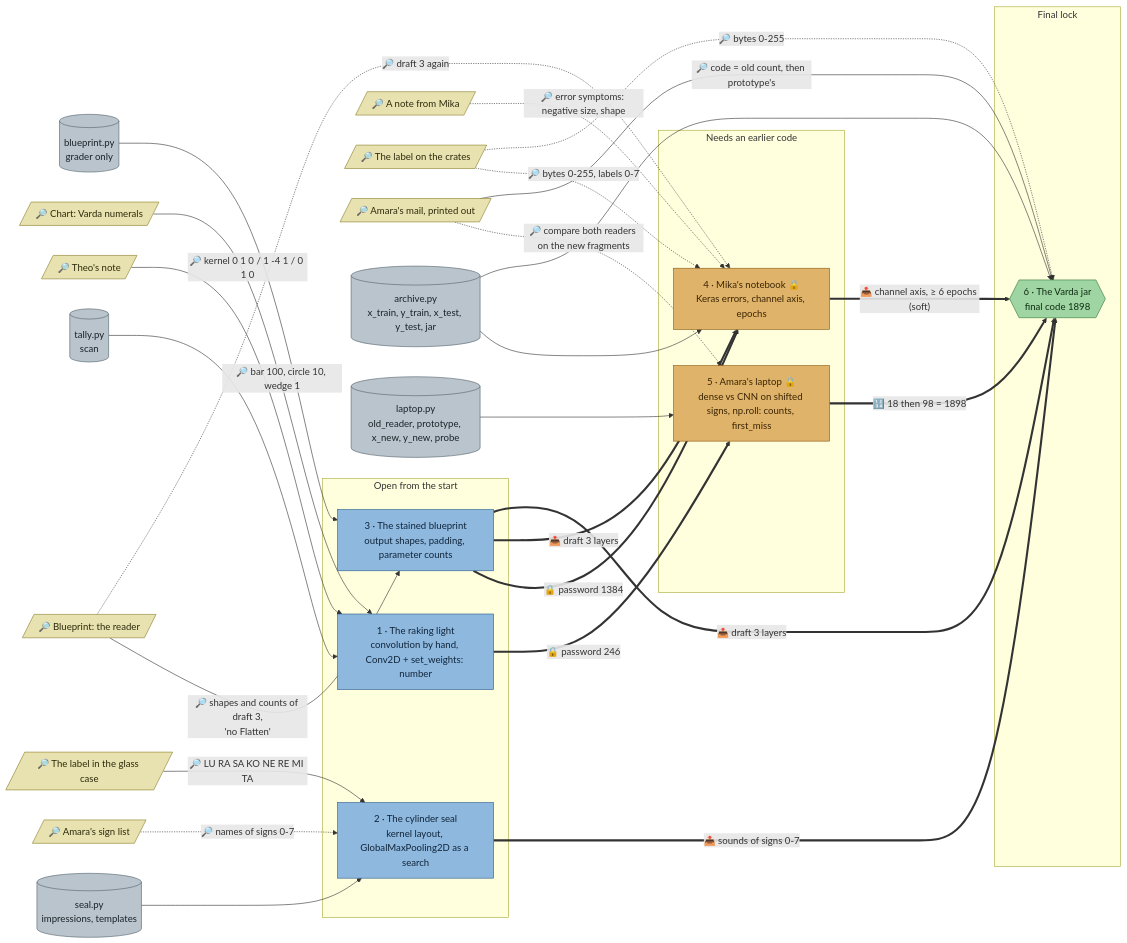
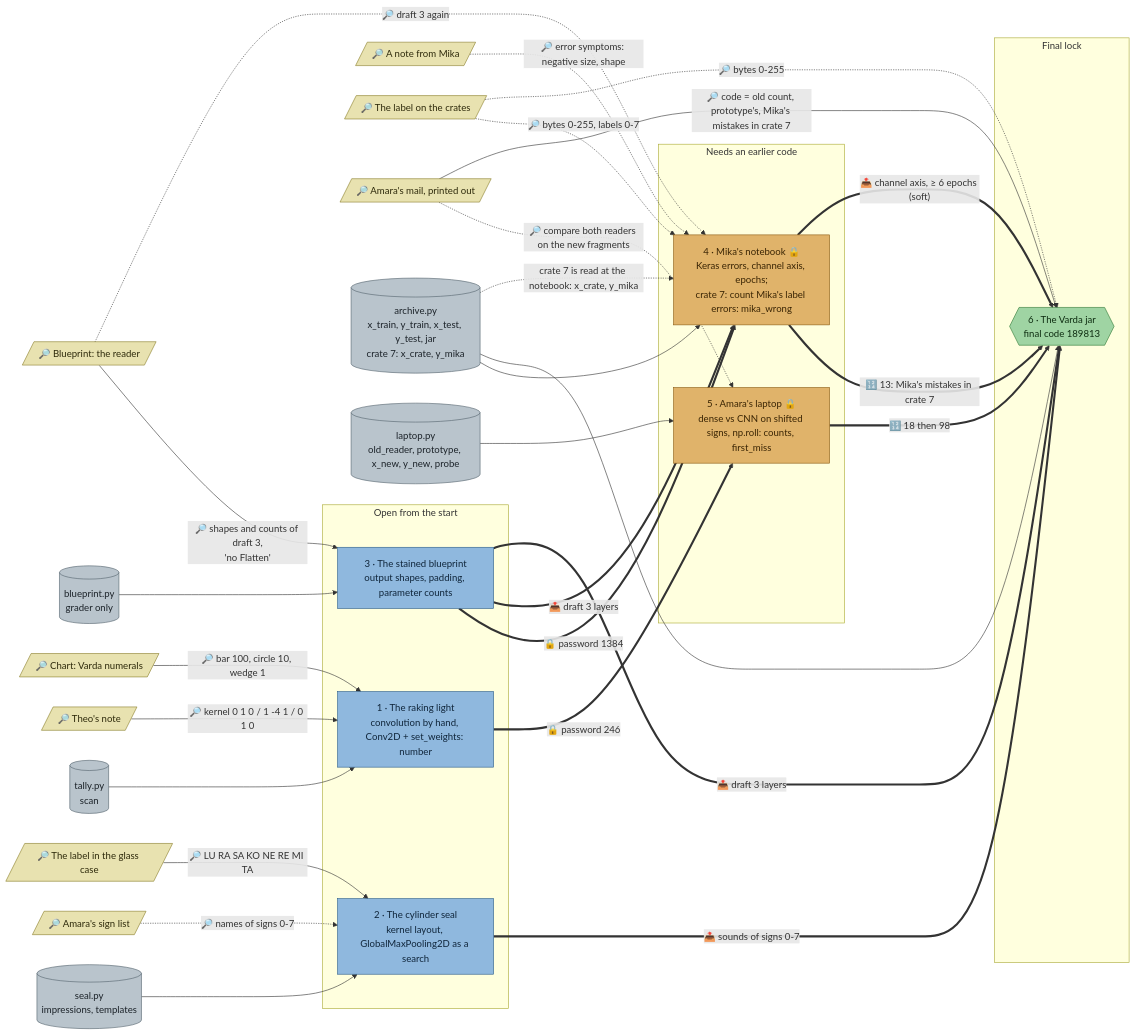
One commit to mhoffmann-wbs/DataScienceEscapeRooms changed the diagram in docs/flows/nn-tablets.md. Above: the diagram before and after it, drawn with Mermaid. The commit also changed other lines of this file and 7 other files, not shown here.

First line of the commit message:
The Varda Tablets: Mika's notebook feeds the jar cabinet's code

````diff
--- a/docs/flows/nn-tablets.md
+++ b/docs/flows/nn-tablets.md
@@ -5,70 +5,72 @@
 ```mermaid
 flowchart LR
   theonote[/"🔎 Theo's note"/]
   numerals[/"🔎 Chart: Varda numerals"/]
   signlist[/"🔎 Amara's sign list"/]
   sealcaption[/"🔎 The label in the glass case"/]
   blueprintsheet[/"🔎 Blueprint: the reader"/]
   mikanote[/"🔎 A note from Mika"/]
   archivelabel[/"🔎 The label on the crates"/]
   amaramail[/"🔎 Amara's mail, printed out"/]
 
   d_tally[("tally.py<br/>scan")]
   d_seal[("seal.py<br/>impressions, templates")]
   d_blueprint[("blueprint.py<br/>grader only")]
-  d_archive[("archive.py<br/>x_train, y_train, x_test, y_test, jar")]
+  d_archive[("archive.py<br/>x_train, y_train, x_test, y_test, jar<br/>crate 7: x_crate, y_mika")]
   d_laptop[("laptop.py<br/>old_reader, prototype, x_new, y_new, probe")]
 
   subgraph p1["Open from the start"]
     tally["1 · The raking light<br/>convolution by hand, Conv2D + set_weights: number"]
     seal["2 · The cylinder seal<br/>kernel layout, GlobalMaxPooling2D as a search"]
     blueprint["3 · The stained blueprint<br/>output shapes, padding, parameter counts"]
   end
 
   subgraph p2["Needs an earlier code"]
-    notebook["4 · Mika's notebook 🔒<br/>Keras errors, channel axis, epochs"]
+    notebook["4 · Mika's notebook 🔒<br/>Keras errors, channel axis, epochs;<br/>crate 7: count Mika's label errors: mika_wrong"]
     laptop["5 · Amara's laptop 🔒<br/>dense vs CNN on shifted signs, np.roll: counts, first_miss"]
   end
 
   subgraph p3["Final lock"]
-    jar{{"6 · The Varda jar<br/>final code 1898"}}
+    jar{{"6 · The Varda jar<br/>final code 189813"}}
   end
 
   d_tally --> tally
   d_seal --> seal
   d_blueprint --> blueprint
   d_archive --> notebook
   d_archive --> jar
+  d_archive -.->|"crate 7 is read at the notebook: x_crate, y_mika"| notebook
   d_laptop --> laptop
 
   theonote -->|"🔎 kernel 0 1 0 / 1 -4 1 / 0 1 0"| tally
   numerals -->|"🔎 bar 100, circle 10, wedge 1"| tally
   signlist -.->|"🔎 names of signs 0-7"| seal
   sealcaption -->|"🔎 LU RA SA KO NE RE MI TA"| seal
   blueprintsheet -->|"🔎 shapes and counts of draft 3,<br/>'no Flatten'"| blueprint
   blueprintsheet -.->|"🔎 draft 3 again"| notebook
   mikanote -.->|"🔎 error symptoms: negative size, shape"| notebook
   archivelabel -.->|"🔎 bytes 0-255, labels 0-7"| notebook
   archivelabel -.->|"🔎 bytes 0-255"| jar
   amaramail -.->|"🔎 compare both readers on the new fragments"| laptop
-  amaramail -->|"🔎 code = old count, then prototype's"| jar
+  amaramail -->|"🔎 code = old count, prototype's, Mika's mistakes in crate 7"| jar
 
   blueprint ==>|"🔒 password 1384"| notebook
   blueprint ==>|"📤 draft 3 layers"| notebook
   tally ==>|"🔒 password 246"| laptop
-  laptop ==>|"🔢 18 then 98 = 1898"| jar
+  laptop ==>|"🔢 18 then 98"| jar
   seal ==>|"📤 sounds of signs 0-7"| jar
   blueprint ==>|"📤 draft 3 layers"| jar
+  notebook ==>|"🔢 13: Mika's mistakes in crate 7"| jar
   notebook ==>|"📤 channel axis, ≥ 6 epochs (soft)"| jar
 
   classDef station fill:#8fb8de,stroke:#2b5d8a,color:#10263b
   classDef locked fill:#e0b36a,stroke:#8a5a12,color:#3a2504
   classDef clue fill:#e8e2b0,stroke:#8a7f2b,color:#2e2a0b
   classDef data fill:#b9c4cc,stroke:#55636e,color:#1c2329
   classDef final fill:#9fd4a3,stroke:#2f7a36,color:#0f2e12
   class tally,seal,blueprint station
   class notebook,laptop locked
   class theonote,numerals,signlist,sealcaption,blueprintsheet,mikanote,archivelabel,amaramail clue
   class d_tally,d_seal,d_blueprint,d_archive,d_laptop data
   class jar final
 ```
````
